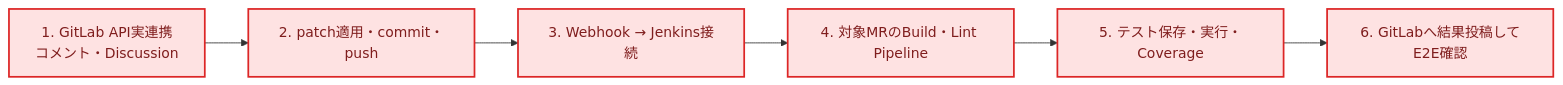
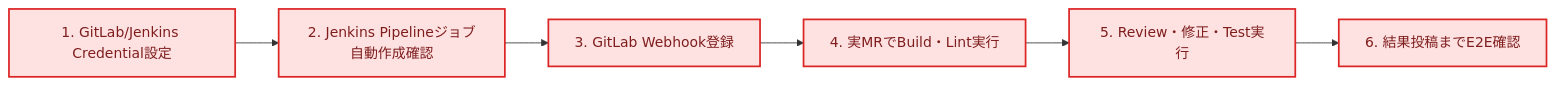
Before and after one commit to yugoueda/AI_Jenkins: the second of 2 diagrams in Doc/進捗_コンポーネント関係図.md, drawn with Mermaid. The commit also changed other lines of this file and 47 other files, not shown here.

Commit message:
feat: connect webhook workflow to Jenkins and GitLab

````diff
--- a/Doc/進捗_コンポーネント関係図.md
+++ b/Doc/進捗_コンポーネント関係図.md
@@ -82,12 +83,12 @@
 ```mermaid
 flowchart LR
-    A["1. GitLab API実連携<br/>コメント・Discussion"] -->
-    B["2. patch適用・commit・push"] -->
-    C["3. Webhook → Jenkins接続"] -->
-    D["4. 対象MRのBuild・Lint Pipeline"] -->
-    E["5. テスト保存・実行・Coverage"] -->
-    F["6. GitLabへ結果投稿してE2E確認"]
+    A["1. GitLab/Jenkins Credential設定"] -->
+    B["2. Jenkins Pipelineジョブ自動作成確認"] -->
+    C["3. GitLab Webhook登録"] -->
+    D["4. 実MRでBuild・Lint実行"] -->
+    E["5. Review・修正・Test実行"] -->
+    F["6. 結果投稿までE2E確認"]
 
     classDef todo fill:#fee2e2,stroke:#dc2626,color:#7f1d1d,stroke-width:2px;
     class A,B,C,D,E,F todo;
 ```
````
